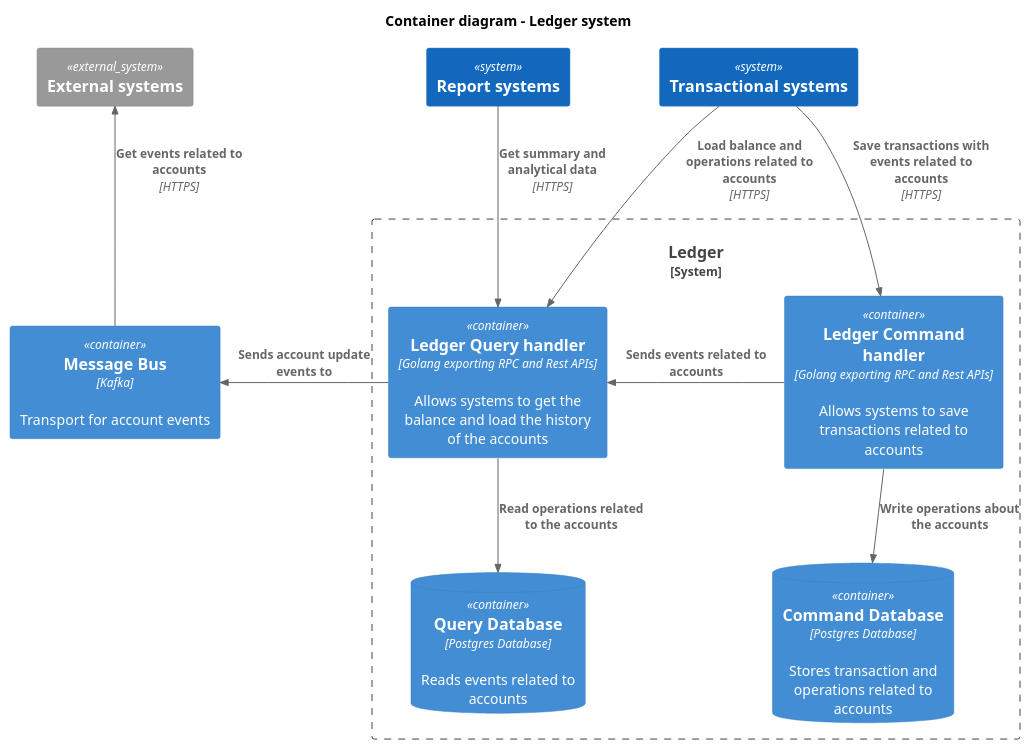
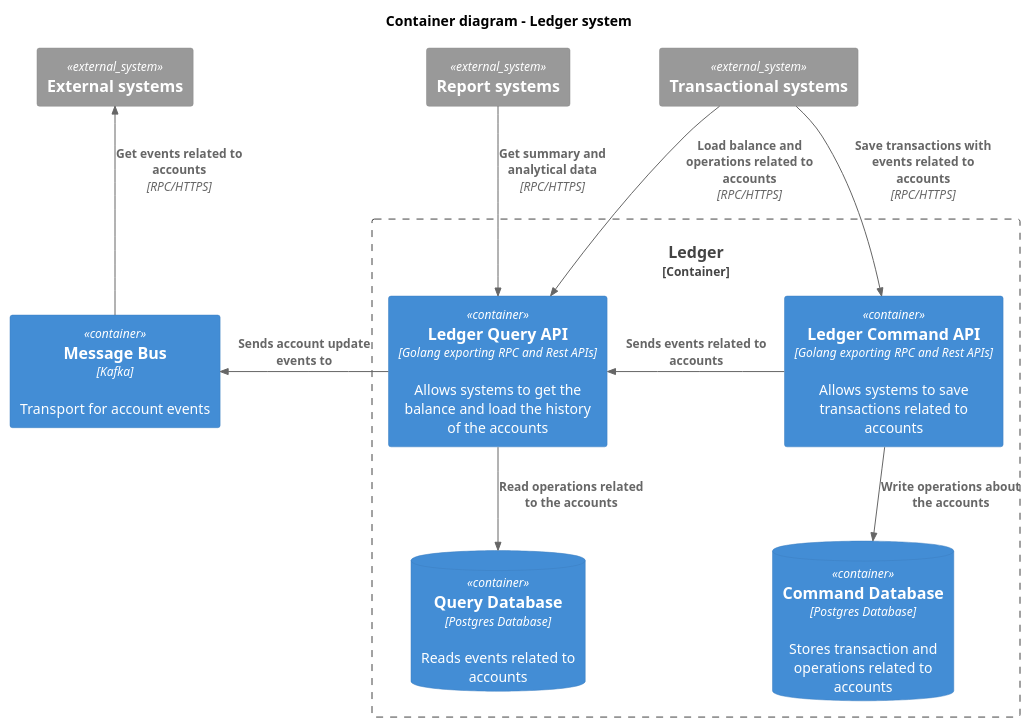
One commit to fernandodr19/the-amazing-ledger changed the diagram in docs/c4model/level_2_step_by_step/level_2_c_container_diagram.puml. Above: the diagram before and after it, drawn with PlantUML. The commit also changed 15 other files, not shown here.

Commit message:
docs: improvements in c4 diagrams

```diff
--- a/docs/c4model/level_2_step_by_step/level_2_c_container_diagram.puml
+++ b/docs/c4model/level_2_step_by_step/level_2_c_container_diagram.puml
@@ -1,38 +1,38 @@
 @startuml Basic Sample
 !includeurl https://raw.githubusercontent.com/RicardoNiepel/C4-PlantUML/release/1-0/C4_Container.puml
 
 title Container diagram - Ledger system
 
 ' LAYOUT_LEFT_RIGHT
 
 ' LAYOUT_WITH_LEGEND()
 
 
-System(transactional_systems, "Transactional systems")
-System(report_systems, "Report systems")
+System_Ext(transactional_systems, "Transactional systems")
+System_Ext(report_systems, "Report systems")
 System_Ext(external_systems, "External systems")
 
-System_Boundary(ledger, "Ledger") {
-    Container(ledger_command_api, "Ledger Command handler", "Golang exporting RPC and Rest APIs", "Allows systems to save transactions related to accounts")
-    Container(ledger_query_api, "Ledger Query handler", "Golang exporting RPC and Rest APIs", "Allows systems to get the balance and load the history of the accounts")
+Container_Boundary(ledger, "Ledger") {
+    Container(ledger_command_api, "Ledger Command API", "Golang exporting RPC and Rest APIs", "Allows systems to save transactions related to accounts")
+    Container(ledger_query_api, "Ledger Query API", "Golang exporting RPC and Rest APIs", "Allows systems to get the balance and load the history of the accounts")
     ContainerDb(query_database, "Query Database", "Postgres Database", "Reads events related to accounts")
     ContainerDb(command_database, "Command Database", "Postgres Database", "Stores transaction and operations related to accounts")
 }
 
 Container(message_bus, "Message Bus", "Kafka", "Transport for account events")
 
 Rel_L(ledger_query_api, message_bus, "Sends account update events to")
 
 Rel(ledger_command_api, command_database, "Write operations about the accounts")
 Rel(ledger_query_api, query_database, "Read operations related to the accounts")
 
-Rel(transactional_systems, ledger_command_api, "Save transactions with events related to accounts", "HTTPS")
-Rel(transactional_systems, ledger_query_api, "Load balance and operations related to accounts", "HTTPS")
+Rel(transactional_systems, ledger_command_api, "Save transactions with events related to accounts", "RPC/HTTPS")
+Rel(transactional_systems, ledger_query_api, "Load balance and operations related to accounts", "RPC/HTTPS")
 
-Rel_Back(external_systems, message_bus, "Get events related to accounts", "HTTPS")
+Rel_Back(external_systems, message_bus, "Get events related to accounts", "RPC/HTTPS")
 
-Rel(report_systems, ledger_query_api, "Get summary and analytical data", "HTTPS")
+Rel(report_systems, ledger_query_api, "Get summary and analytical data", "RPC/HTTPS")
 
 Rel_Neighbor(ledger_command_api, ledger_query_api, "Sends events related to accounts")
 
 @enduml
```
